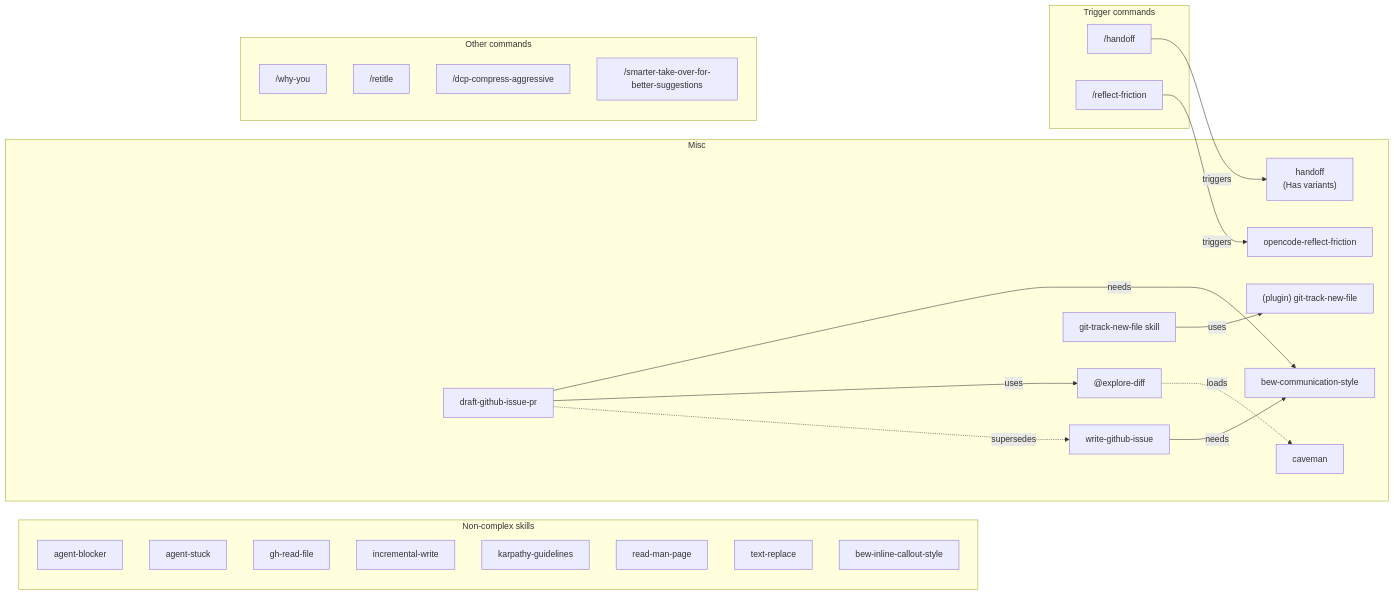
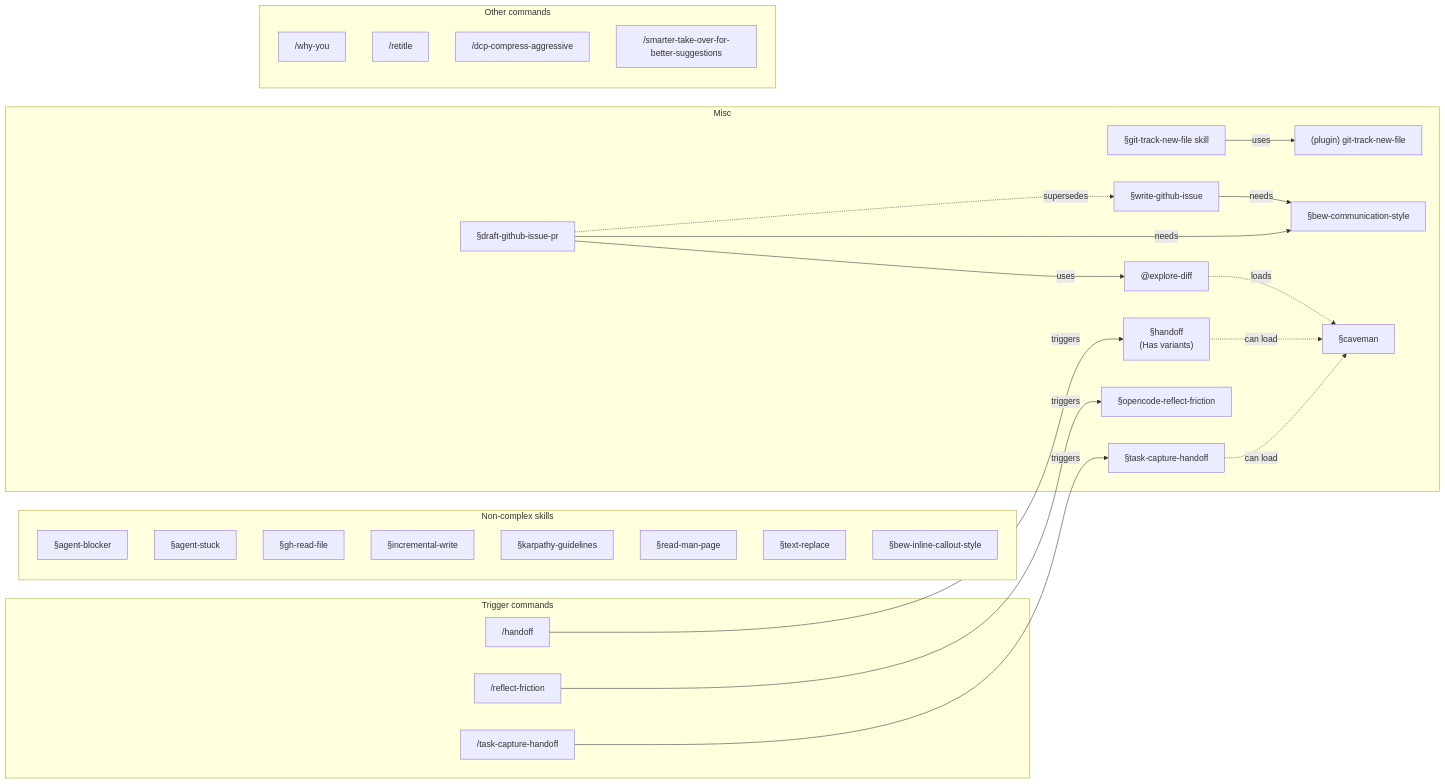
The second of 2 diagrams in opencode/MY_AI_STUFF.md (bew/dotfiles), drawn with Mermaid before and after one commit. The commit also changed other lines of this file and 1 other file, not shown here.

First line of the commit message:
oc(docs): Rework the catalogue graph labels and link strengths

````diff
--- a/opencode/MY_AI_STUFF.md
+++ b/opencode/MY_AI_STUFF.md
@@ -99,47 +107,52 @@
 ```mermaid
 flowchart LR
   %% explore-diff is duplicated from the complex graph; it is not part of any group.
   ag_explore_diff["@explore-diff"]
 
   subgraph otherskills[Non-complex skills]
-    sk_agent_blocker["agent-blocker"]
-    sk_agent_stuck["agent-stuck"]
-    sk_gh_read_file["gh-read-file"]
-    sk_incremental_write["incremental-write"]
-    sk_karpathy["karpathy-guidelines"]
-    sk_read_man_page["read-man-page"]
-    sk_text_replace["text-replace"]
-    sk_bew_callout["bew-inline-callout-style"]
+    sk_agent_blocker["§agent-blocker"]
+    sk_agent_stuck["§agent-stuck"]
+    sk_gh_read_file["§gh-read-file"]
+    sk_incremental_write["§incremental-write"]
+    sk_karpathy["§karpathy-guidelines"]
+    sk_read_man_page["§read-man-page"]
+    sk_text_replace["§text-replace"]
+    sk_bew_callout["§bew-inline-callout-style"]
   end
 
   subgraph misc[Misc]
-    sk_handoff["handoff<br/>(Has variants)"]
-    sk_git_track_skill["git-track-new-file skill"]
+    sk_handoff["§handoff<br/>(Has variants)"]
+    sk_task_capture["§task-capture-handoff"]
+    sk_git_track_skill["§git-track-new-file skill"]
     plug_git_track["(plugin) git-track-new-file"]
-    sk_github_issue["write-github-issue"]
-    sk_draft_gh["draft-github-issue-pr"]
-    sk_bew_comm_style["bew-communication-style"]
-    sk_cav["caveman"]
-    sk_reflect_frict["opencode-reflect-friction"]
+    sk_github_issue["§write-github-issue"]
+    sk_draft_gh["§draft-github-issue-pr"]
+    sk_bew_comm_style["§bew-communication-style"]
+    sk_cav["§caveman"]
+    sk_reflect_frict["§opencode-reflect-friction"]
     sk_git_track_skill -->|uses| plug_git_track
     sk_github_issue -->|needs| sk_bew_comm_style
     sk_draft_gh -->|needs| sk_bew_comm_style
     sk_draft_gh -->|uses| ag_explore_diff
     sk_draft_gh -. supersedes .-> sk_github_issue
     ag_explore_diff -. loads .-> sk_cav
+    sk_handoff -. can load .-> sk_cav
+    sk_task_capture -. can load .-> sk_cav
   end
 
   subgraph trig2[Trigger commands]
     cmd_handoff["/handoff"]
     cmd_friction["/reflect-friction"]
+    cmd_task_capture["/task-capture-handoff"]
     cmd_handoff -->|triggers| sk_handoff
     cmd_friction -->|triggers| sk_reflect_frict
+    cmd_task_capture -->|triggers| sk_task_capture
   end
 
   subgraph othercmds[Other commands]
     cmd_why_you["/why-you"]
     cmd_retitle["/retitle"]
     cmd_dcp_aggressive["/dcp-compress-aggressive"]
     cmd_smarter_takeover["/smarter-take-over-for-better-suggestions"]
   end
 ```
````
